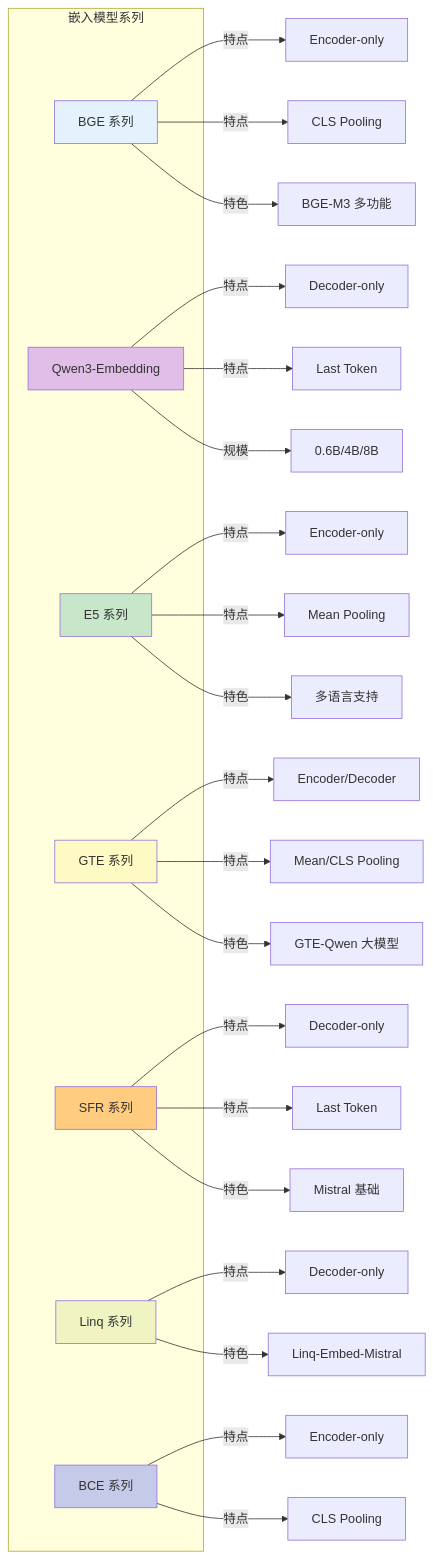
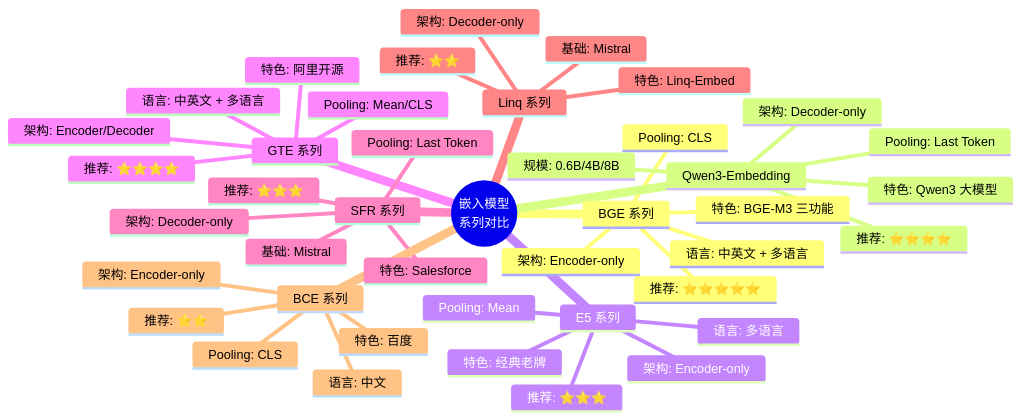
The second of 20 diagrams in ReadCode/08_model_survey.md (liangrui/FlagEmbedding), drawn with Mermaid before and after one commit. The commit also changed other lines of this file, not shown here.

Commit message:
feat: 项目介绍

````diff
--- a/ReadCode/08_model_survey.md
+++ b/ReadCode/08_model_survey.md
@@ -126,46 +126,45 @@
 ```mermaid
-flowchart LR
-    subgraph 嵌入模型系列
-        A[BGE 系列]
-        B[Qwen3-Embedding]
-        C[E5 系列]
-        D[GTE 系列]
-        E[SFR 系列]
-        F[Linq 系列]
-        G[BCE 系列]
-    end
-    
-    A -->|特点| A1[Encoder-only]
-    A -->|特点| A2[CLS Pooling]
-    A -->|特色| A3[BGE-M3 多功能]
-    
-    B -->|特点| B1[Decoder-only]
-    B -->|特点| B2[Last Token]
-    B -->|规模| B3[0.6B/4B/8B]
-    
-    C -->|特点| C1[Encoder-only]
-    C -->|特点| C2[Mean Pooling]
-    C -->|特色| C3[多语言支持]
-    
-    D -->|特点| D1[Encoder/Decoder]
-    D -->|特点| D2[Mean/CLS Pooling]
-    D -->|特色| D3[GTE-Qwen 大模型]
-    
-    E -->|特点| E1[Decoder-only]
-    E -->|特点| E2[Last Token]
-    E -->|特色| E3[Mistral 基础]
-    
-    F -->|特点| F1[Decoder-only]
-    F -->|特色| F2[Linq-Embed-Mistral]
-    
-    G -->|特点| G1[Encoder-only]
-    G -->|特点| G2[CLS Pooling]
-    
-    style A fill:#e3f2fd
-    style B fill:#e1bee7
-    style C fill:#c8e6c9
-    style D fill:#fff9c4
-    style E fill:#ffcc80
-    style F fill:#f0f4c3
-    style G fill:#c5cae9
+mindmap
+  root((嵌入模型<br/>系列对比))
+    BGE 系列
+      架构: Encoder-only
+      Pooling: CLS
+      特色: BGE-M3 三功能
+      语言: 中英文 + 多语言
+      推荐: ⭐⭐⭐⭐⭐
+    Qwen3-Embedding
+      架构: Decoder-only
+      Pooling: Last Token
+      特色: Qwen3 大模型
+      规模: 0.6B/4B/8B
+      推荐: ⭐⭐⭐⭐
+    E5 系列
+      架构: Encoder-only
+      Pooling: Mean
+      特色: 经典老牌
+      语言: 多语言
+      推荐: ⭐⭐⭐
+    GTE 系列
+      架构: Encoder/Decoder
+      Pooling: Mean/CLS
+      特色: 阿里开源
+      语言: 中英文 + 多语言
+      推荐: ⭐⭐⭐⭐
+    SFR 系列
+      架构: Decoder-only
+      Pooling: Last Token
+      特色: Salesforce
+      基础: Mistral
+      推荐: ⭐⭐⭐
+    Linq 系列
+      架构: Decoder-only
+      特色: Linq-Embed
+      基础: Mistral
+      推荐: ⭐⭐
+    BCE 系列
+      架构: Encoder-only
+      Pooling: CLS
+      特色: 百度
+      语言: 中文
+      推荐: ⭐⭐
 ```
````
